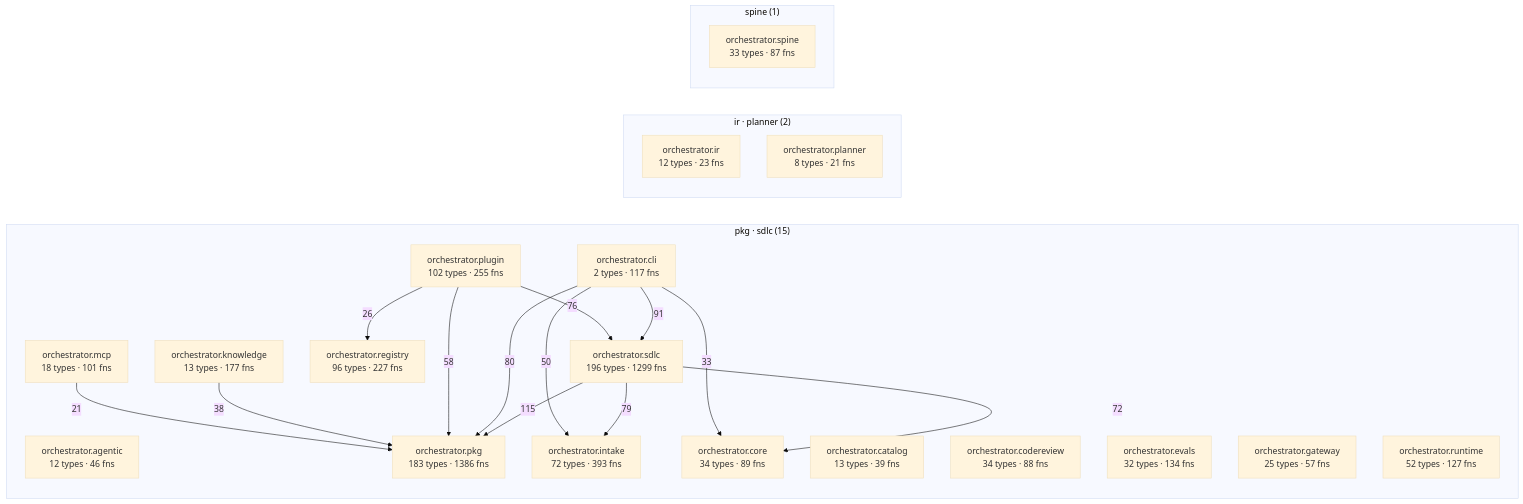
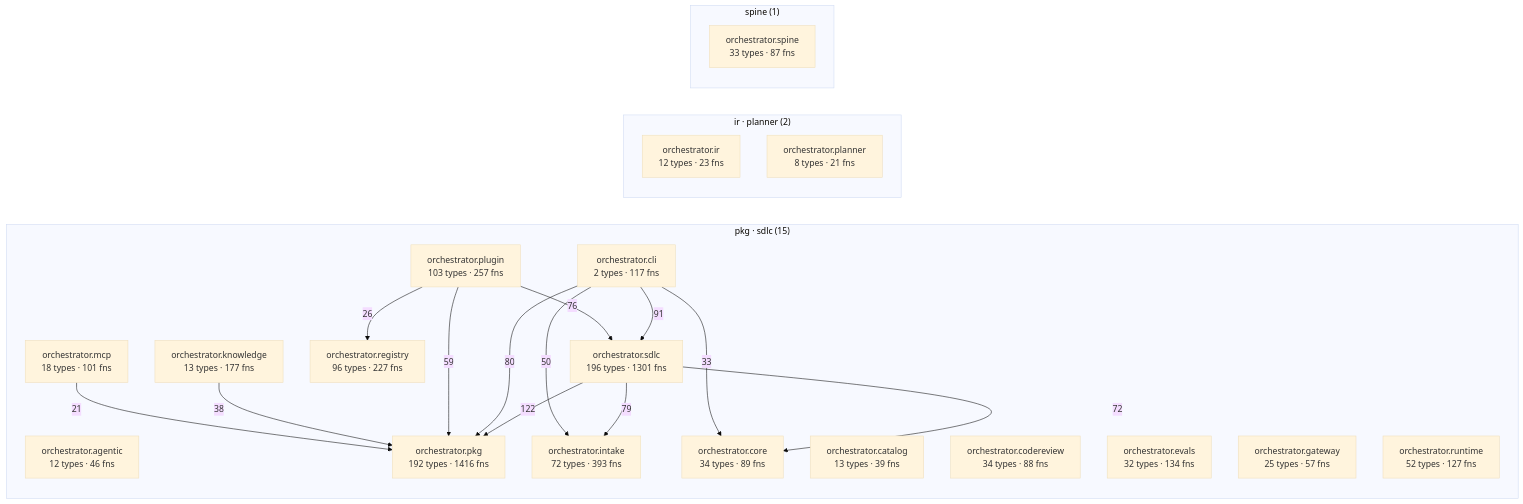
One commit to synaptixs/spine changed the diagram in episteme/architecture.md. Above: the diagram before and after it, drawn with Mermaid (base theme). The commit also changed other lines of this file and 20 other files, not shown here.

````diff
--- a/episteme/architecture.md
+++ b/episteme/architecture.md
@@ -56,39 +56,39 @@
 ```mermaid
 flowchart LR
   subgraph c_2["pkg · sdlc (15)"]
     aorchestratoragentic["orchestrator.agentic<br/>12 types · 46 fns"]
     aorchestratorcatalog["orchestrator.catalog<br/>13 types · 39 fns"]
     aorchestratorcli["orchestrator.cli<br/>2 types · 117 fns"]
     aorchestratorcodereview["orchestrator.codereview<br/>34 types · 88 fns"]
     aorchestratorcore["orchestrator.core<br/>34 types · 89 fns"]
     aorchestratorevals["orchestrator.evals<br/>32 types · 134 fns"]
     aorchestratorgateway["orchestrator.gateway<br/>25 types · 57 fns"]
     aorchestratorintake["orchestrator.intake<br/>72 types · 393 fns"]
     aorchestratorknowledge["orchestrator.knowledge<br/>13 types · 177 fns"]
     aorchestratormcp["orchestrator.mcp<br/>18 types · 101 fns"]
-    aorchestratorpkg["orchestrator.pkg<br/>183 types · 1386 fns"]
-    aorchestratorplugin["orchestrator.plugin<br/>102 types · 255 fns"]
+    aorchestratorpkg["orchestrator.pkg<br/>192 types · 1416 fns"]
+    aorchestratorplugin["orchestrator.plugin<br/>103 types · 257 fns"]
     aorchestratorregistry["orchestrator.registry<br/>96 types · 227 fns"]
     aorchestratorruntime["orchestrator.runtime<br/>52 types · 127 fns"]
-    aorchestratorsdlc["orchestrator.sdlc<br/>196 types · 1299 fns"]
+    aorchestratorsdlc["orchestrator.sdlc<br/>196 types · 1301 fns"]
   end
   subgraph c_6["ir · planner (2)"]
     aorchestratorir["orchestrator.ir<br/>12 types · 23 fns"]
     aorchestratorplanner["orchestrator.planner<br/>8 types · 21 fns"]
   end
   subgraph c_12["spine (1)"]
     aorchestratorspine["orchestrator.spine<br/>33 types · 87 fns"]
   end
-  aorchestratorsdlc -->|115| aorchestratorpkg
+  aorchestratorsdlc -->|122| aorchestratorpkg
   aorchestratorcli -->|91| aorchestratorsdlc
   aorchestratorcli -->|80| aorchestratorpkg
   aorchestratorsdlc -->|79| aorchestratorintake
   aorchestratorplugin -->|76| aorchestratorsdlc
   aorchestratorsdlc -->|72| aorchestratorcore
-  aorchestratorplugin -->|58| aorchestratorpkg
+  aorchestratorplugin -->|59| aorchestratorpkg
   aorchestratorcli -->|50| aorchestratorintake
   aorchestratorknowledge -->|38| aorchestratorpkg
   aorchestratorcli -->|33| aorchestratorcore
   aorchestratorplugin -->|26| aorchestratorregistry
   aorchestratormcp -->|21| aorchestratorpkg
 ```
````
